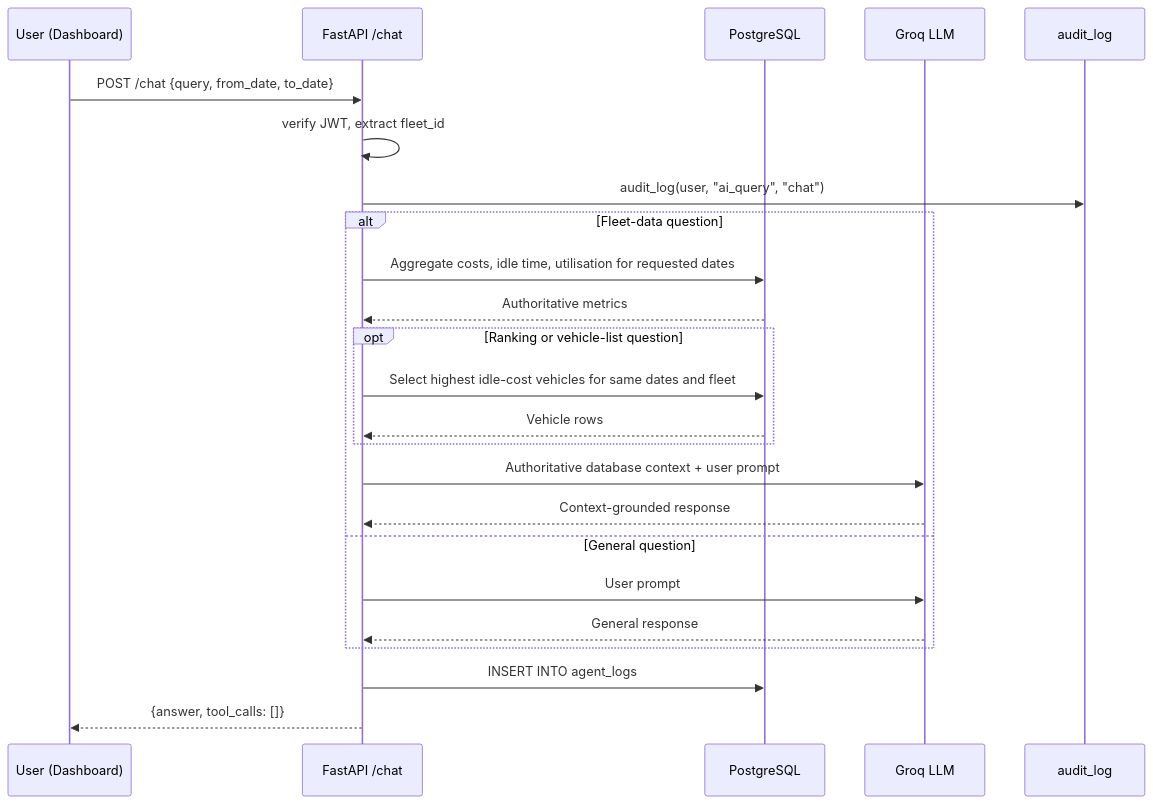
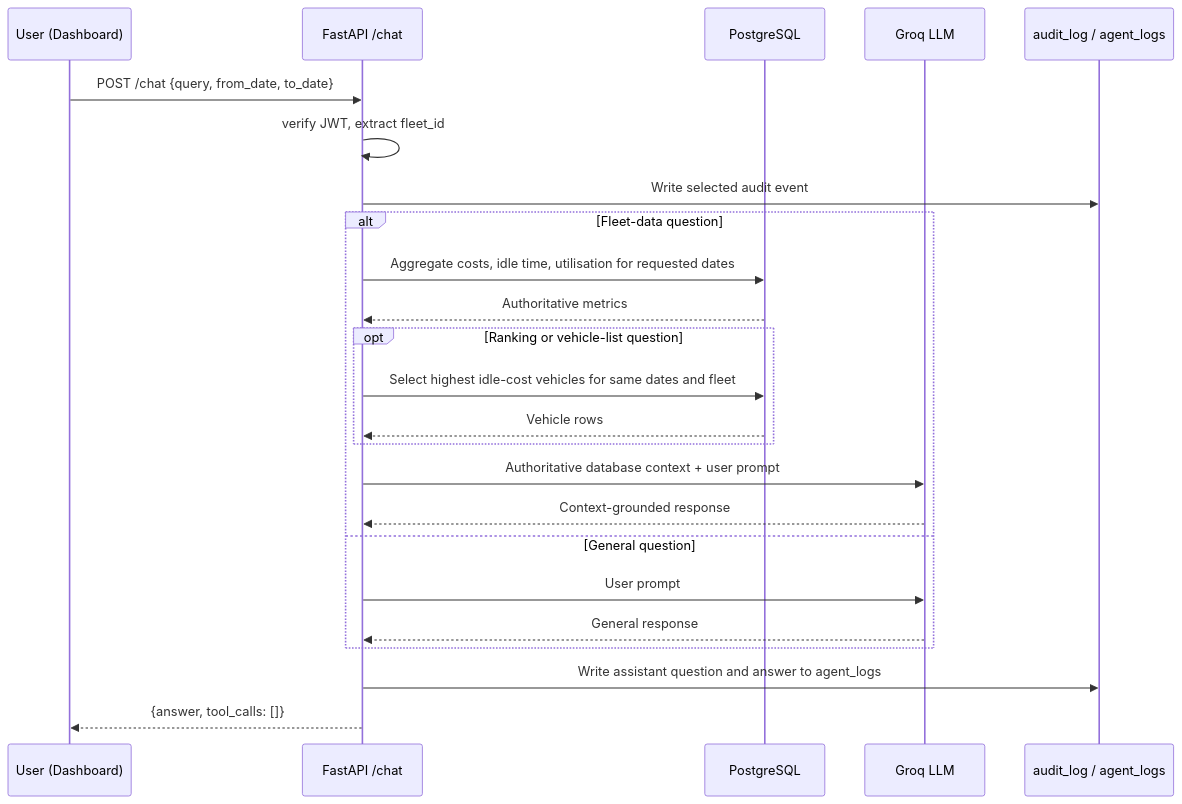
Before and after one commit to KT2006/Motorq-Hackathon: the eighth of 8 diagrams in docs/architecture.md, drawn with Mermaid. The commit also changed other lines of this file and 8 other files, not shown here.

````diff
--- a/docs/architecture.md
+++ b/docs/architecture.md
@@ -231,28 +244,28 @@
 ```mermaid
 sequenceDiagram
     participant U as User (Dashboard)
     participant API as FastAPI /chat
     participant DB as PostgreSQL
     participant LLM as Groq LLM
-    participant LOG as audit_log
+    participant AUDIT as audit_log / agent_logs
 
     U->>API: POST /chat {query, from_date, to_date}
     API->>API: verify JWT, extract fleet_id
-    API->>LOG: audit_log(user, "ai_query", "chat")
+    API->>AUDIT: Write selected audit event
     alt Fleet-data question
         API->>DB: Aggregate costs, idle time, utilisation for requested dates
         DB-->>API: Authoritative metrics
         opt Ranking or vehicle-list question
             API->>DB: Select highest idle-cost vehicles for same dates and fleet
             DB-->>API: Vehicle rows
         end
         API->>LLM: Authoritative database context + user prompt
         LLM-->>API: Context-grounded response
     else General question
         API->>LLM: User prompt
         LLM-->>API: General response
     end
 
-    API->>DB: INSERT INTO agent_logs
+    API->>AUDIT: Write assistant question and answer to agent_logs
     API-->>U: {answer, tool_calls: []}
 ```
````
